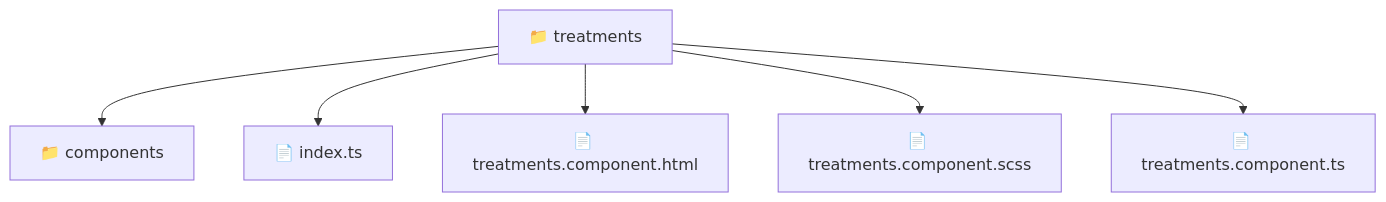
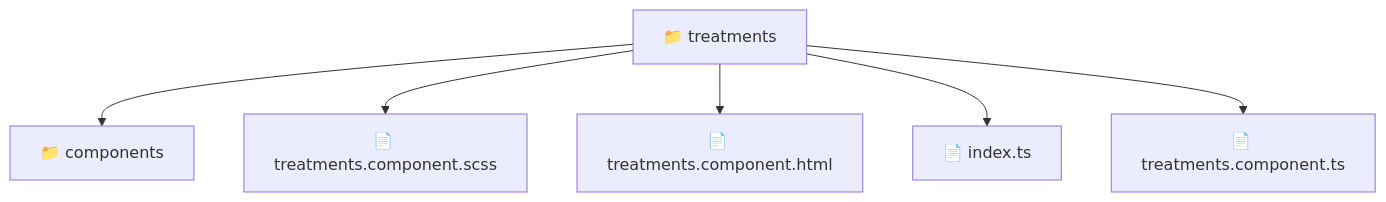
One commit to beginwebdev2002/fullstack-mavluda changed the diagram in frontend/src/pages/treatments/README.md. Above: the diagram before and after it, drawn with Mermaid. The commit also changed other lines of this file and 157 other files, not shown here.

````diff
--- a/frontend/src/pages/treatments/README.md
+++ b/frontend/src/pages/treatments/README.md
@@ -11,9 +11,9 @@
 ```mermaid
 graph TD
-  Root["📁 treatments"]
-  Root --> components["📁 components"]
-  Root --> index_ts["📄 index.ts"]
-  Root --> treatments_component_html["📄 treatments.component.html"]
-  Root --> treatments_component_scss["📄 treatments.component.scss"]
-  Root --> treatments_component_ts["📄 treatments.component.ts"]
+  treatments["📁 treatments"]
+  treatments --> components["📁 components"]
+  treatments --> treatments_component_scss["📄 treatments.component.scss"]
+  treatments --> treatments_component_html["📄 treatments.component.html"]
+  treatments --> index_ts["📄 index.ts"]
+  treatments --> treatments_component_ts["📄 treatments.component.ts"]
 ```
````
